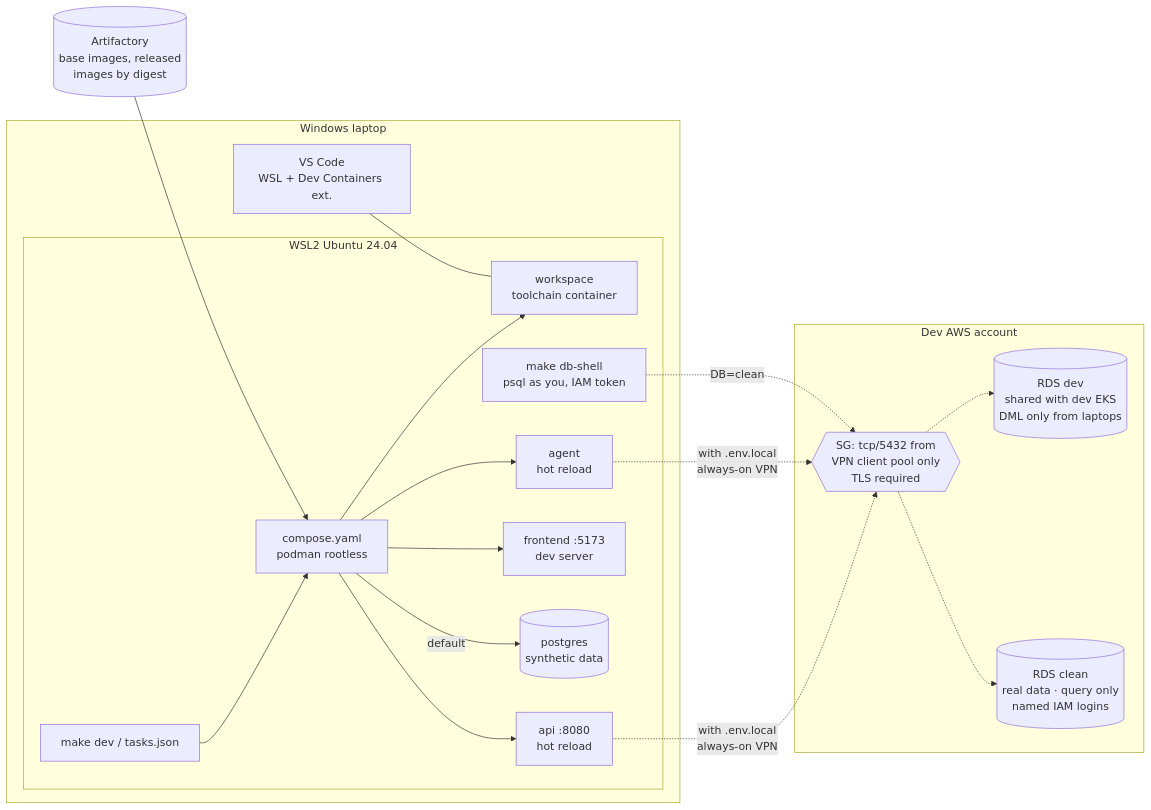
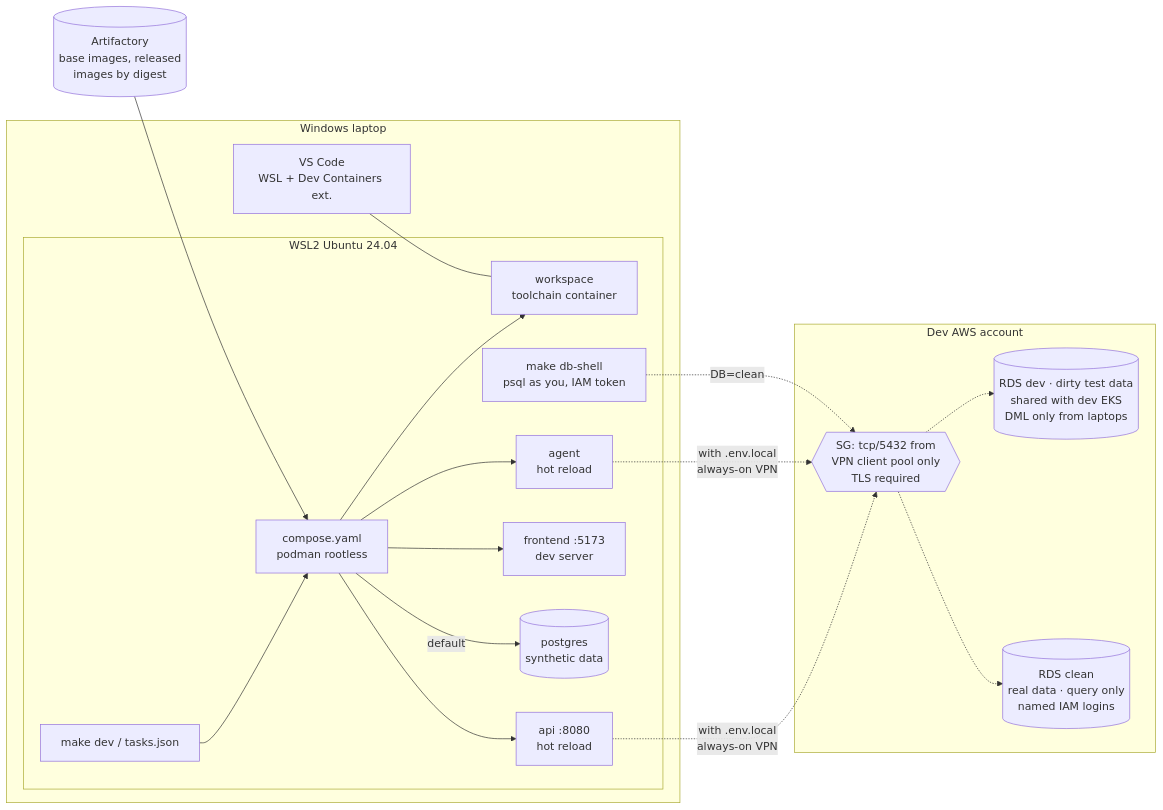
Before and after one commit to sholtomaud/GHES-EKS-zero-downtime-deployments: the diagram in docs/proposal/local-development.md, drawn with Mermaid. The commit also changed other lines of this file and 3 other files, not shown here.

First line of the commit message:
Local dev proposal rev 4: seed generator, dirty dev data, up.sh flow

````diff
--- a/docs/proposal/local-development.md
+++ b/docs/proposal/local-development.md
@@ -56,24 +62,24 @@
 ```mermaid
 flowchart LR
   subgraph win[Windows laptop]
     vsc[VS Code<br/>WSL + Dev Containers ext.]
     subgraph wsl[WSL2 Ubuntu 24.04]
       make[make dev / tasks.json] --> compose[compose.yaml<br/>podman rootless]
       compose --> ws[workspace<br/>toolchain container]
       compose --> api[api :8080<br/>hot reload]
       compose --> agent[agent<br/>hot reload]
       compose --> fe[frontend :5173<br/>dev server]
       compose -->|default| pg[(postgres<br/>synthetic data)]
       shell[make db-shell<br/>psql as you, IAM token]
     end
     vsc --- ws
   end
   subgraph aws[Dev AWS account]
     sg{{SG: tcp/5432 from<br/>VPN client pool only<br/>TLS required}}
-    dev[(RDS dev<br/>shared with dev EKS<br/>DML only from laptops)]
+    dev[(RDS dev · dirty test data<br/>shared with dev EKS<br/>DML only from laptops)]
     clean[(RDS clean<br/>real data · query only<br/>named IAM logins)]
   end
   api & agent -.->|with .env.local<br/>always-on VPN| sg -.-> dev
   shell -.->|DB=clean| sg -.-> clean
   art[(Artifactory<br/>base images, released<br/>images by digest)] --> compose
 ```
````
